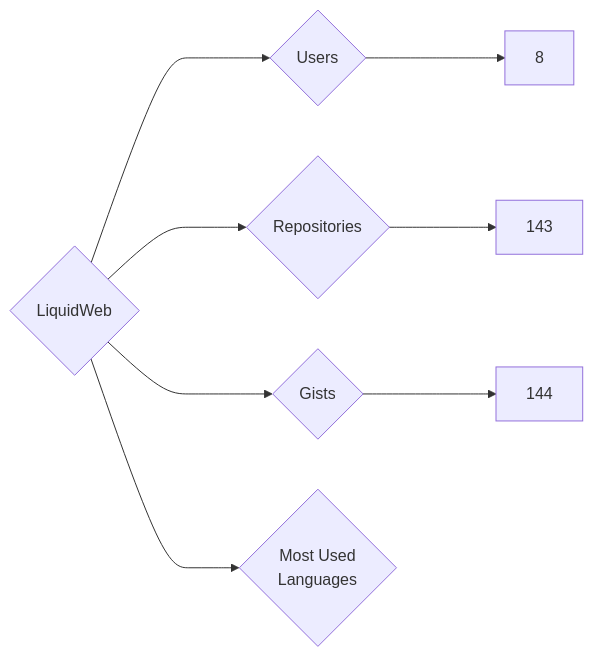
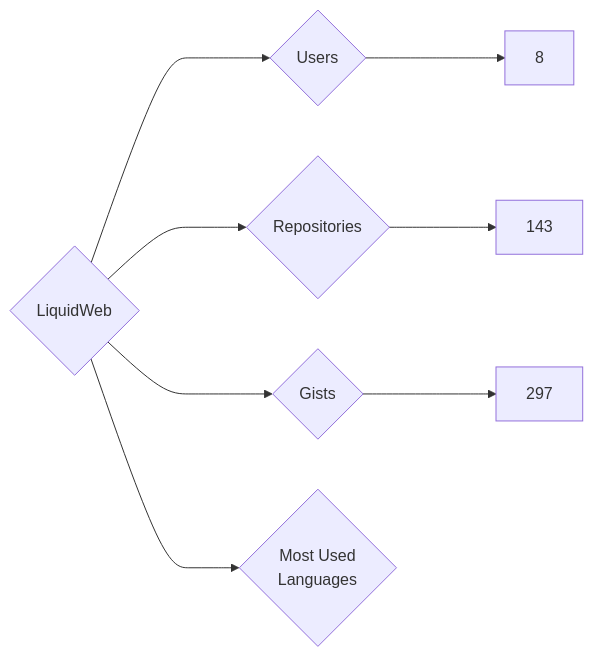
Before and after one commit to nenadzaric/insiders: the diagram in targets/LiquidWeb/README.md, drawn with Mermaid. The commit also changed 1342 other files, not shown here.

````diff
--- a/targets/LiquidWeb/README.md
+++ b/targets/LiquidWeb/README.md
@@ -3,8 +3,8 @@
 ```mermaid
 graph LR
 COMPANY_NAME{LiquidWeb}
 COMPANY_NAME ---> U{Users} ---> UN[8]
 COMPANY_NAME ---> R{Repositories} ---> RN[143]
-COMPANY_NAME ---> G{Gists} ---> GN[144]
+COMPANY_NAME ---> G{Gists} ---> GN[297]
 COMPANY_NAME ---> ML{Most Used<br>Languages}
 ```
````
